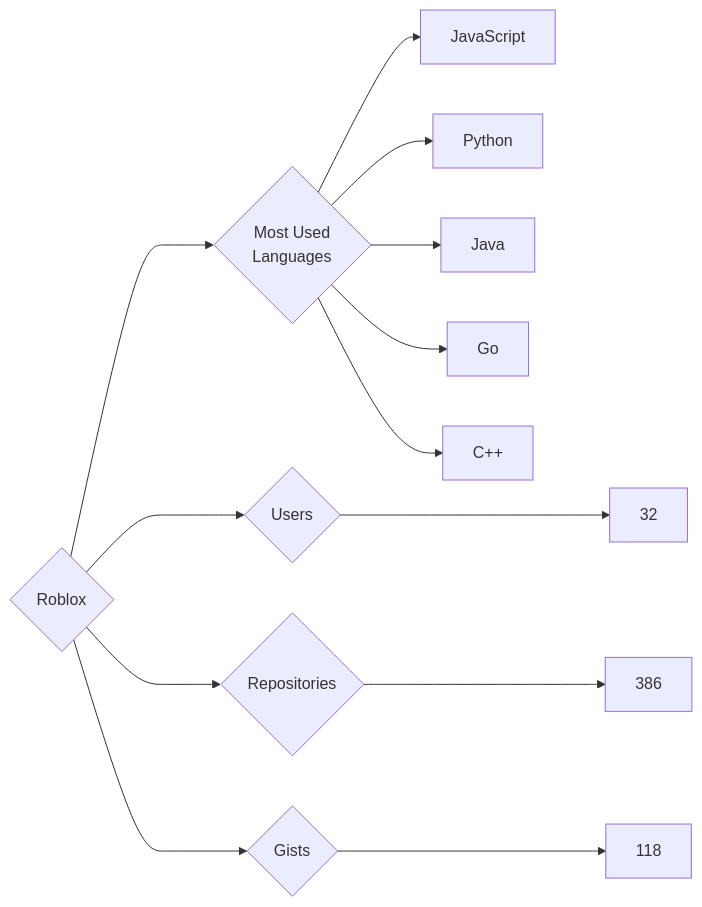
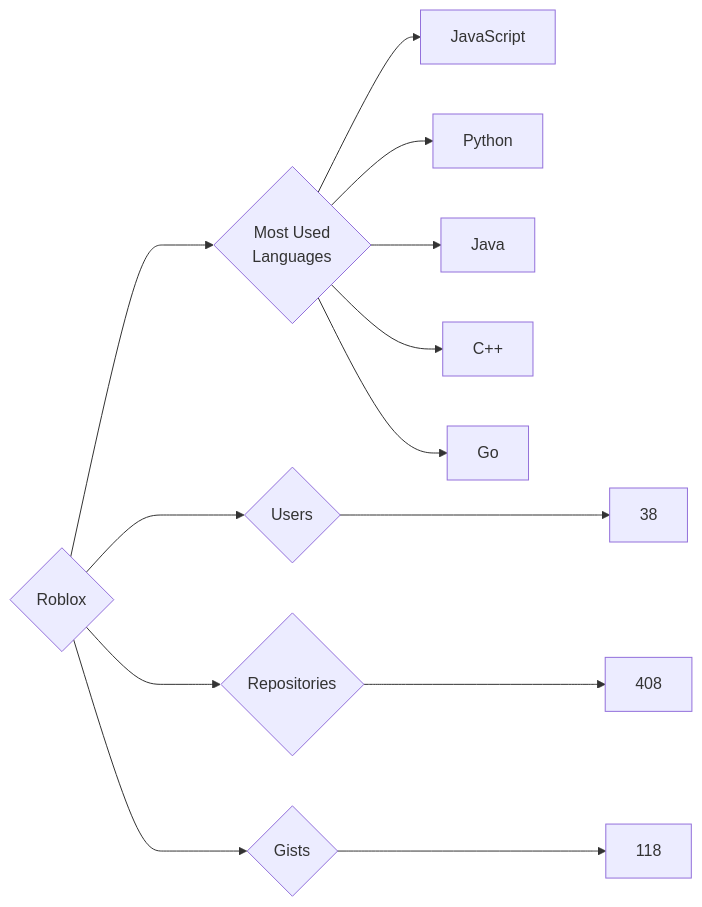
The diagram in targets/Roblox/README.md (trickest/insiders), drawn with Mermaid before and after one commit. The commit also changed 787 other files, not shown here.

````diff
--- a/targets/Roblox/README.md
+++ b/targets/Roblox/README.md
@@ -3,13 +3,13 @@
 ```mermaid
 graph LR
 COMPANY_NAME{Roblox}
-COMPANY_NAME ---> U{Users} ---> UN[32]
-COMPANY_NAME ---> R{Repositories} ---> RN[386]
+COMPANY_NAME ---> U{Users} ---> UN[38]
+COMPANY_NAME ---> R{Repositories} ---> RN[408]
 COMPANY_NAME ---> G{Gists} ---> GN[118]
 COMPANY_NAME ---> ML{Most Used<br>Languages}
 ML --> JavaScript[JavaScript]
 ML --> Python[Python]
 ML --> Java[Java]
+ML --> C++[C++]
 ML --> Go[Go]
-ML --> C++[C++]
 ```
````
